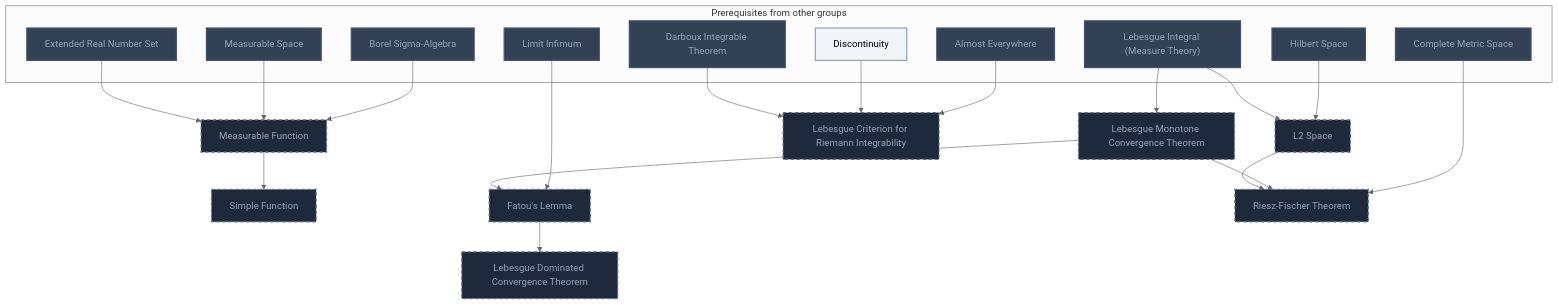
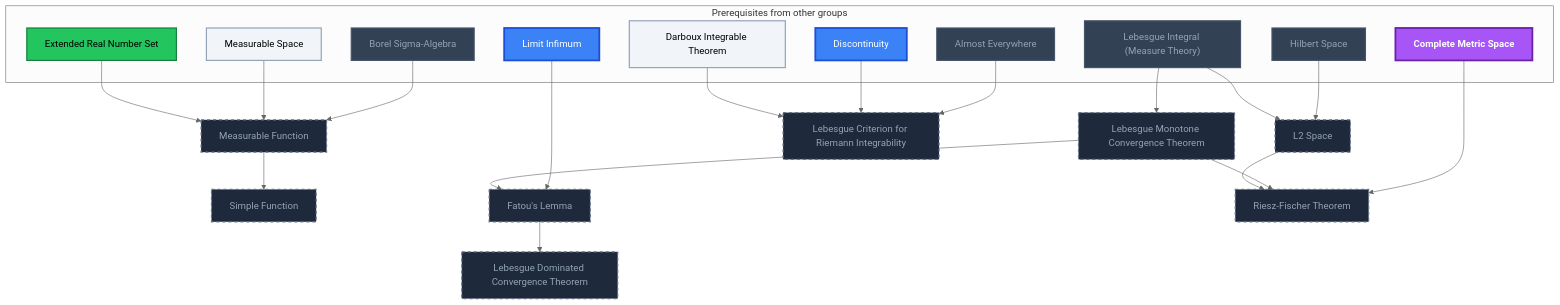
One commit to MRauf1/My-Notes changed diagram 17 of 22 in Gamification/Skill Trees/Real Analysis.md. Above: the diagram before and after it, drawn with Mermaid (neutral theme). The commit also changed other lines of this file and 145 other files, not shown here.

````diff
--- a/Gamification/Skill Trees/Real Analysis.md
+++ b/Gamification/Skill Trees/Real Analysis.md
@@ -1321,52 +1358,55 @@
 ```mermaid
 flowchart TD
     classDef planned fill:#1E293B,stroke:#64748B,stroke-width:2px,stroke-dasharray:5 5,color:#94A3B8;
     classDef locked fill:#334155,stroke:#475569,stroke-width:2px,color:#94A3B8;
     classDef L0 fill:#F1F5F9,stroke:#94A3B8,stroke-width:2px,color:#000000;
     classDef L1 fill:#22C55E,stroke:#15803D,stroke-width:2px,color:#000000;
     classDef L2 fill:#3B82F6,stroke:#1D4ED8,stroke-width:3px,color:#FFFFFF;
     classDef L3 fill:#A855F7,stroke:#6B21A8,stroke-width:3px,color:#FFFFFF,font-weight:bold;
     classDef L4 fill:#F97316,stroke:#C2410C,stroke-width:4px,color:#000000,font-weight:bold;
     classDef L5 fill:#FFD700,stroke:#FF8C00,stroke-width:5px,color:#000000,font-weight:bold;
     classDef rusty stroke:#8B4513,stroke-width:4px,stroke-dasharray:3 3;
     subgraph sg_prereqs["Prerequisites from other groups"]
         n_borel_sigma_algebra["Borel Sigma-Algebra"]
         n_measurable_space["Measurable Space"]
         n_extended_real_number_set["Extended Real Number Set"]
         n_lebesgue_integral_measure_theory["Lebesgue Integral (Measure Theory)"]
         n_limit_infimum["Limit Infimum"]
         n_almost_everywhere["Almost Everywhere"]
         n_discontinuity["Discontinuity"]
         n_darboux_integrable_theorem["Darboux Integrable Theorem"]
         n_hilbert_space["Hilbert Space"]
         n_complete_metric_space["Complete Metric Space"]
     end
     n_measurable_function["Measurable Function"]
     n_simple_function["Simple Function"]
     n_lebesgue_monotone_convergence_theorem["Lebesgue Monotone Convergence Theorem"]
     n_fatou_s_lemma["Fatou's Lemma"]
     n_lebesgue_dominated_convergence_theorem["Lebesgue Dominated Convergence Theorem"]
     n_lebesgue_criterion_for_riemann_integrability["Lebesgue Criterion for Riemann Integrability"]
     n_l2_space["L2 Space"]
     n_riesz_fischer_theorem["Riesz-Fischer Theorem"]
     n_borel_sigma_algebra --> n_measurable_function
     n_measurable_space --> n_measurable_function
     n_extended_real_number_set --> n_measurable_function
     n_measurable_function --> n_simple_function
     n_lebesgue_integral_measure_theory --> n_lebesgue_monotone_convergence_theorem
     n_limit_infimum --> n_fatou_s_lemma
     n_lebesgue_monotone_convergence_theorem --> n_fatou_s_lemma
     n_fatou_s_lemma --> n_lebesgue_dominated_convergence_theorem
     n_almost_everywhere --> n_lebesgue_criterion_for_riemann_integrability
     n_discontinuity --> n_lebesgue_criterion_for_riemann_integrability
     n_darboux_integrable_theorem --> n_lebesgue_criterion_for_riemann_integrability
     n_hilbert_space --> n_l2_space
     n_lebesgue_integral_measure_theory --> n_l2_space
     n_complete_metric_space --> n_riesz_fischer_theorem
     n_lebesgue_monotone_convergence_theorem --> n_riesz_fischer_theorem
     n_l2_space --> n_riesz_fischer_theorem
     class n_measurable_function,n_simple_function,n_lebesgue_monotone_convergence_theorem,n_fatou_s_lemma,n_lebesgue_dominated_convergence_theorem,n_lebesgue_criterion_for_riemann_integrability,n_l2_space,n_riesz_fischer_theorem planned;
-    class n_borel_sigma_algebra,n_measurable_space,n_extended_real_number_set,n_lebesgue_integral_measure_theory,n_limit_infimum,n_almost_everywhere,n_darboux_integrable_theorem,n_hilbert_space,n_complete_metric_space locked;
-    class n_discontinuity L0;
+    class n_borel_sigma_algebra,n_lebesgue_integral_measure_theory,n_almost_everywhere,n_hilbert_space locked;
+    class n_measurable_space,n_darboux_integrable_theorem L0;
+    class n_extended_real_number_set L1;
+    class n_limit_infimum,n_discontinuity L2;
+    class n_complete_metric_space L3;
     class n_borel_sigma_algebra,n_measurable_space,n_extended_real_number_set,n_lebesgue_integral_measure_theory,n_limit_infimum,n_almost_everywhere,n_discontinuity,n_darboux_integrable_theorem,n_hilbert_space,n_complete_metric_space internal-link;
 ```
````
